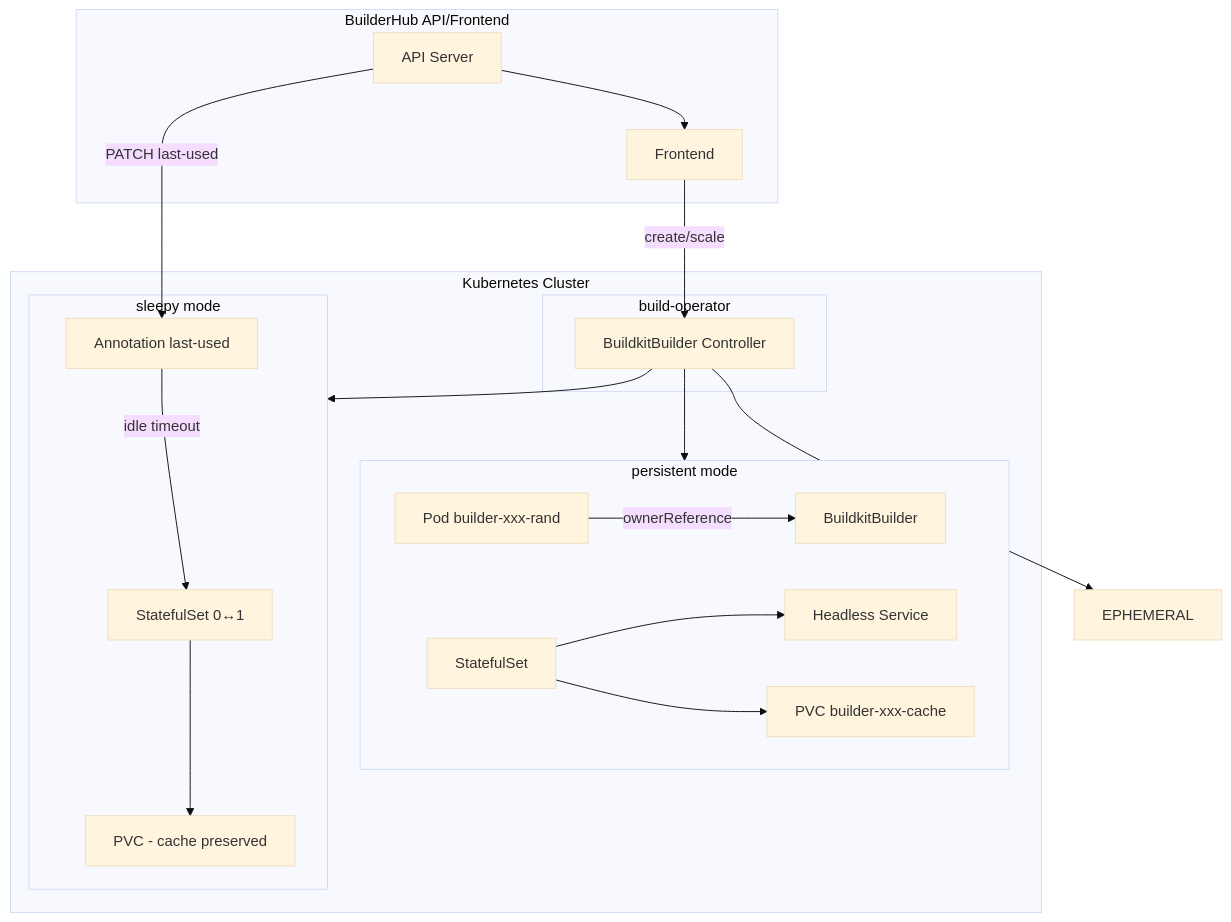
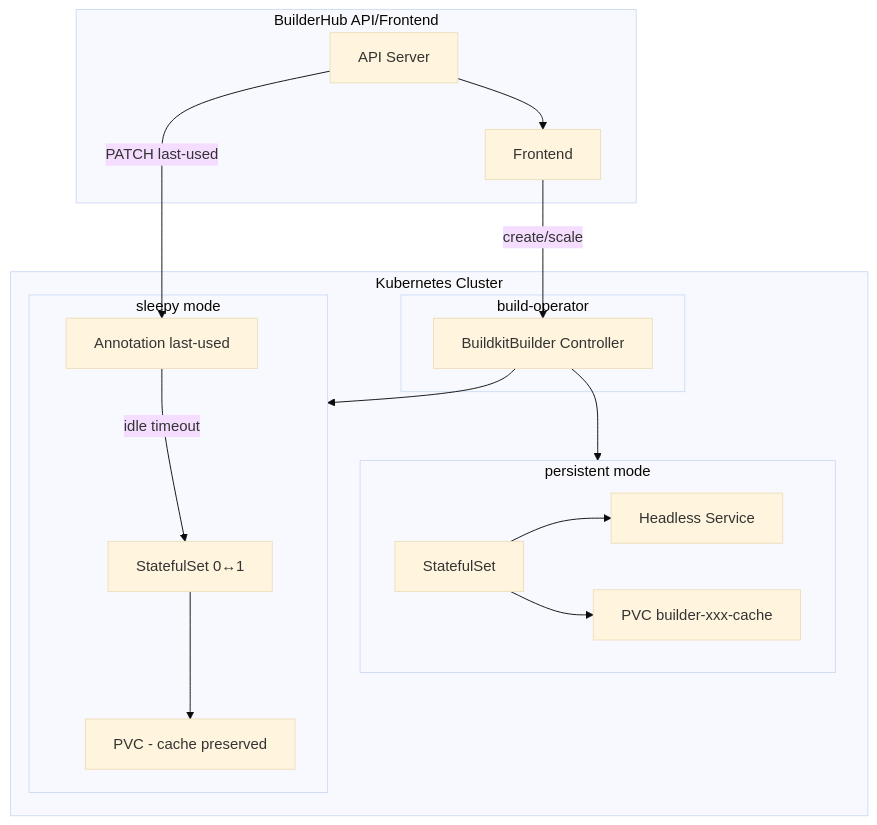
One commit to BuilderHub/build-operator changed the diagram in README.md. Above: the diagram before and after it, drawn with Mermaid (base theme). The commit also changed other lines of this file, not shown here.

````diff
--- a/README.md
+++ b/README.md
@@ -7,41 +7,35 @@
 ```mermaid
 flowchart TB
     subgraph BH["BuilderHub API/Frontend"]
         API[API Server]
         FE[Frontend]
         API --> FE
     end
 
     subgraph K8S["Kubernetes Cluster"]
         subgraph OP["build-operator"]
             Recon[BuildkitBuilder Controller]
-        end
-
-        subgraph PERSISTENT["persistent mode"]
-            Pod1[Pod builder-xxx-rand]
-            Pod1 --> |ownerReference| CR1[BuildkitBuilder]
         end
 
         subgraph PERSISTENT["persistent mode"]
             STS[StatefulSet]
             SVC[Headless Service]
             PVC[PVC builder-xxx-cache]
             STS --> SVC
             STS --> PVC
         end
 
         subgraph SLEEPY["sleepy mode"]
             STS2[StatefulSet 0↔1]
             PVC2[PVC - cache preserved]
             Ann[Annotation last-used]
             STS2 --> PVC2
             Ann --> |idle timeout| STS2
         end
     end
 
     FE --> |create/scale| Recon
-    Recon --> EPHEMERAL
     Recon --> PERSISTENT
     Recon --> SLEEPY
     API --> |PATCH last-used| Ann
 ```
````
